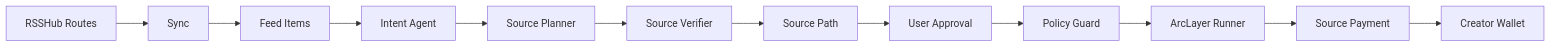
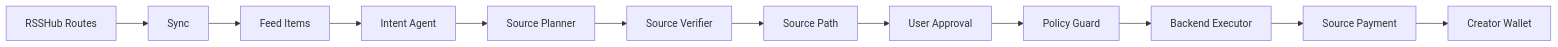
One commit to riyannode/Paylabs changed the first of 2 diagrams in README.md. Above: the diagram before and after it, drawn with Mermaid. The commit also changed other lines of this file and 25 other files, not shown here.

````diff
--- a/README.md
+++ b/README.md
@@ -9,14 +9,14 @@
 ```mermaid
 flowchart LR
   RSSHub[RSSHub Routes] --> Sync[Sync]
   Sync --> FeedItems[Feed Items]
   FeedItems --> Intent[Intent Agent]
   Intent --> Planner[Source Planner]
   Planner --> Verifier[Source Verifier]
   Verifier --> Path[Source Path]
   Path --> User[User Approval]
   User --> Policy[Policy Guard]
-  Policy --> Runner[ArcLayer Runner]
-  Runner --> Payment[Source Payment]
+  Policy --> Executor[Backend Executor]
+  Executor --> Payment[Source Payment]
   Payment --> Creator[Creator Wallet]
 ```
````
